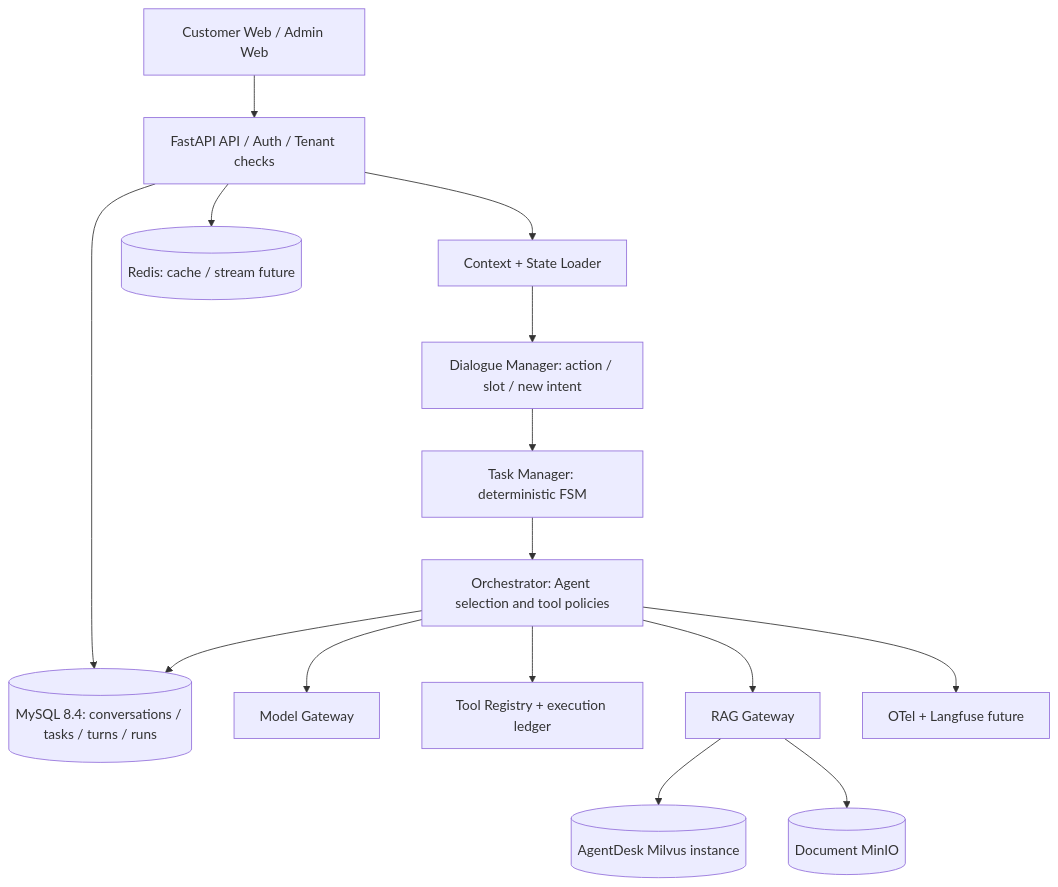
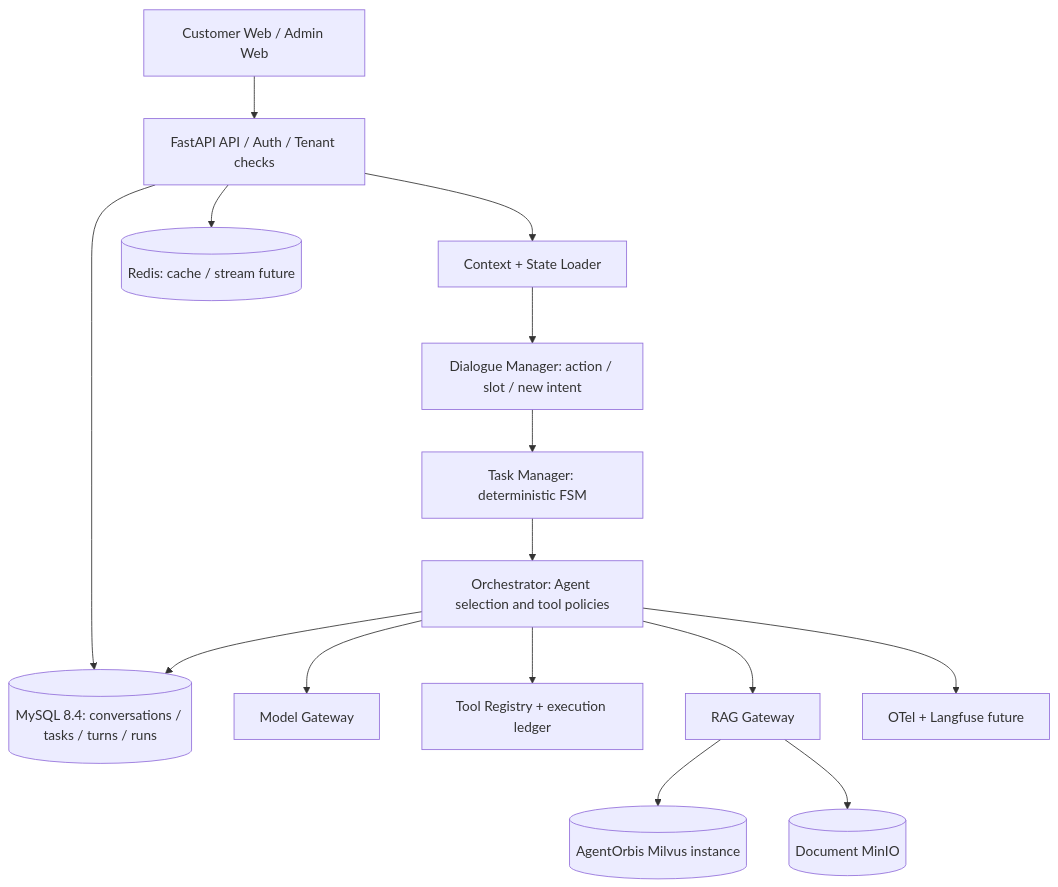
The diagram in docs/ARCHITECTURE.md (Acxxxq/agentdesk), drawn with Mermaid before and after one commit. The commit also changed 42 other files, not shown here.

Commit message:
refactor: rename to AgentOrbis and add bilingual documentation

````diff
--- a/docs/ARCHITECTURE.md
+++ b/docs/ARCHITECTURE.md
@@ -3,17 +3,17 @@
 ```mermaid
 flowchart TD
     UI[Customer Web / Admin Web] --> API[FastAPI API / Auth / Tenant checks]
     API --> STORE[(MySQL 8.4: conversations / tasks / turns / runs)]
     API --> CTX[Context + State Loader]
     CTX --> DM[Dialogue Manager: action / slot / new intent]
     DM --> TM[Task Manager: deterministic FSM]
     TM --> ORCH[Orchestrator: Agent selection and tool policies]
     ORCH --> LLM[Model Gateway]
     ORCH --> TOOLS[Tool Registry + execution ledger]
     ORCH --> RAG[RAG Gateway]
-    RAG --> MILVUS[(AgentDesk Milvus instance)]
+    RAG --> MILVUS[(AgentOrbis Milvus instance)]
     RAG --> OBJ[(Document MinIO)]
     ORCH --> STORE
     API --> REDIS[(Redis: cache / stream future)]
     ORCH --> OTEL[OTel + Langfuse future]
 ```
````
